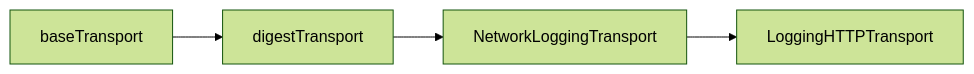
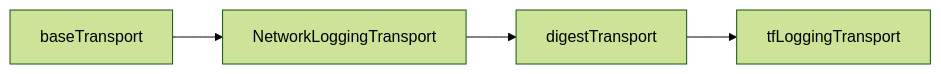
One commit to mongodb/terraform-provider-mongodbatlas changed the diagram in contributing/network-logging.md. Above: the diagram before and after it, drawn with Mermaid (forest theme). The commit also changed other lines of this file and 3 other files, not shown here.

````diff
--- a/contributing/network-logging.md
+++ b/contributing/network-logging.md
@@ -69,6 +80,6 @@
 ```mermaid
 flowchart LR
-    A[baseTransport] --> B[digestTransport]
-    B --> C[NetworkLoggingTransport]
-    C --> D[LoggingHTTPTransport]
+    A[baseTransport] --> B[NetworkLoggingTransport]
+    B --> C[digestTransport]
+    C --> D[tfLoggingTransport]
 ```
````
